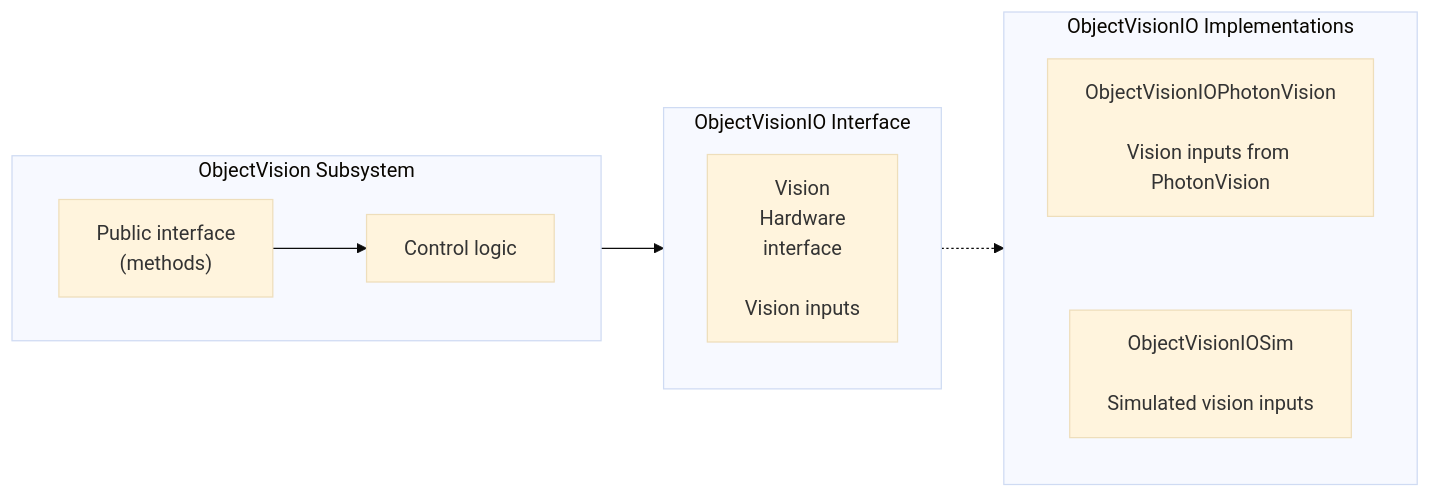
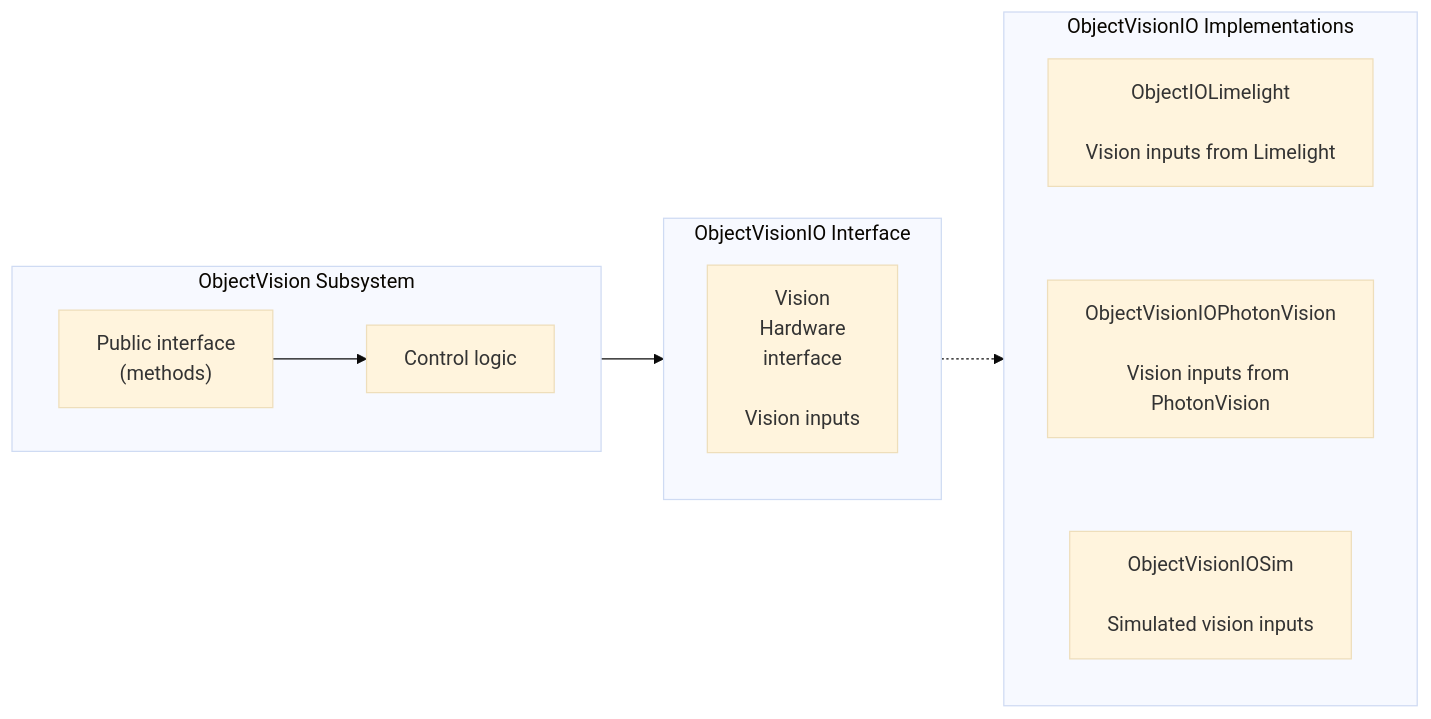
One commit to MDHSRobotics/MonarchVision changed the second of 2 diagrams in docs/simulation-framework/advantagekit.md. Above: the diagram before and after it, drawn with Mermaid (base theme). The commit also changed 3 other files, not shown here.

````diff
--- a/docs/simulation-framework/advantagekit.md
+++ b/docs/simulation-framework/advantagekit.md
@@ -55,27 +55,29 @@
 ```mermaid
 flowchart LR
 
     subgraph SUB["ObjectVision Subsystem"]
         direction LR
         PI["Public interface<br/>(methods)"]
         CL["Control logic"]
         PI --> CL
     end
 
     subgraph IO["ObjectVisionIO Interface"]
         direction TB
         HI["Vision<br/>Hardware<br/>interface<br/><br/>Vision inputs"]
     end
 
     subgraph IMP["ObjectVisionIO Implementations"]
         direction TB
+        LIM["ObjectIOLimelight<br/><br/>Vision inputs from Limelight"]
         PHO["ObjectVisionIOPhotonVision<br/><br/>Vision inputs from PhotonVision"]
         SIM["ObjectVisionIOSim<br/><br/>Simulated vision inputs"]
+        LIM ~~~ PHO
         PHO ~~~ SIM
     end
 
     CL --> HI
 
     HI -.-> IMP
 
 ```
````
